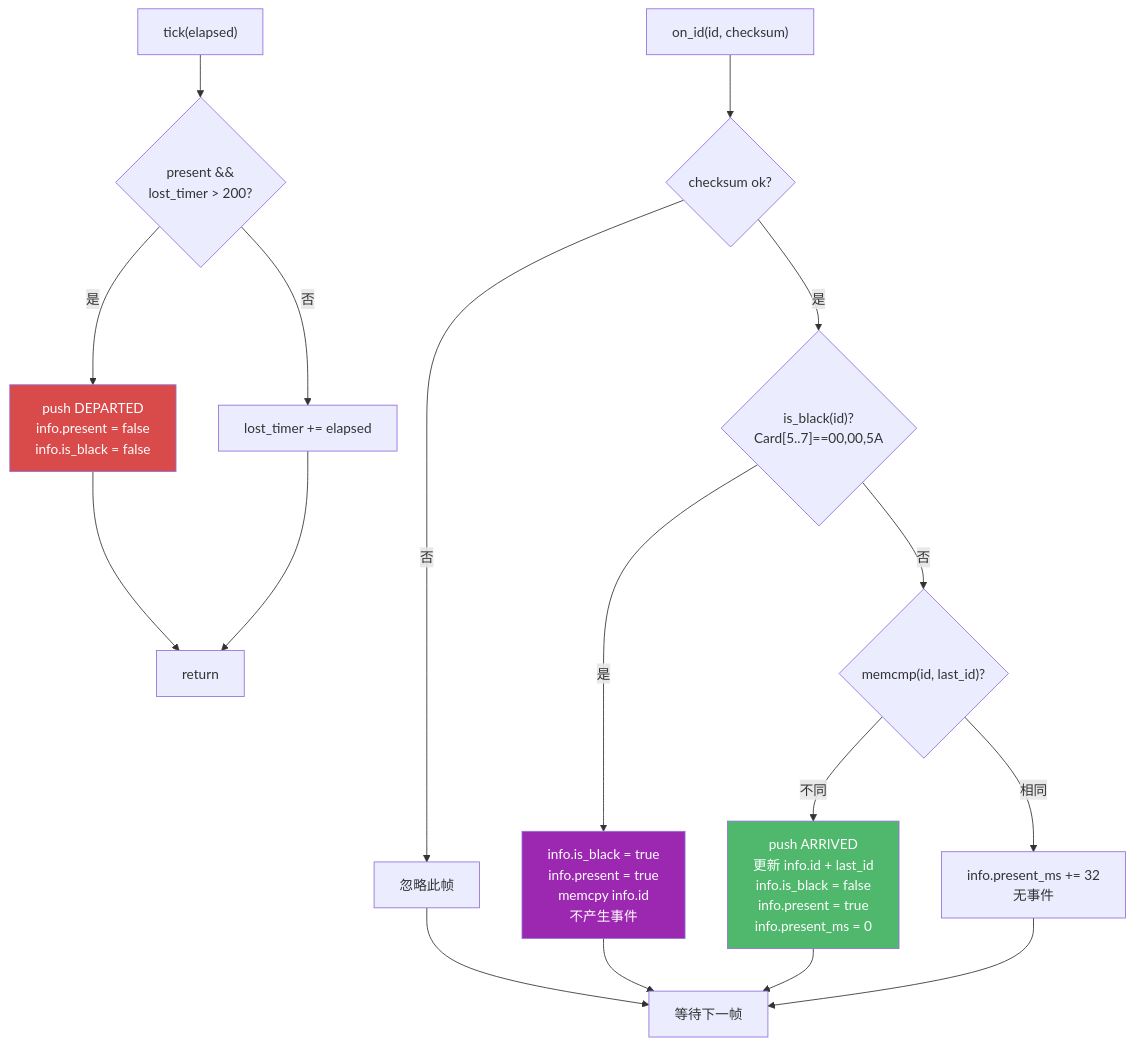
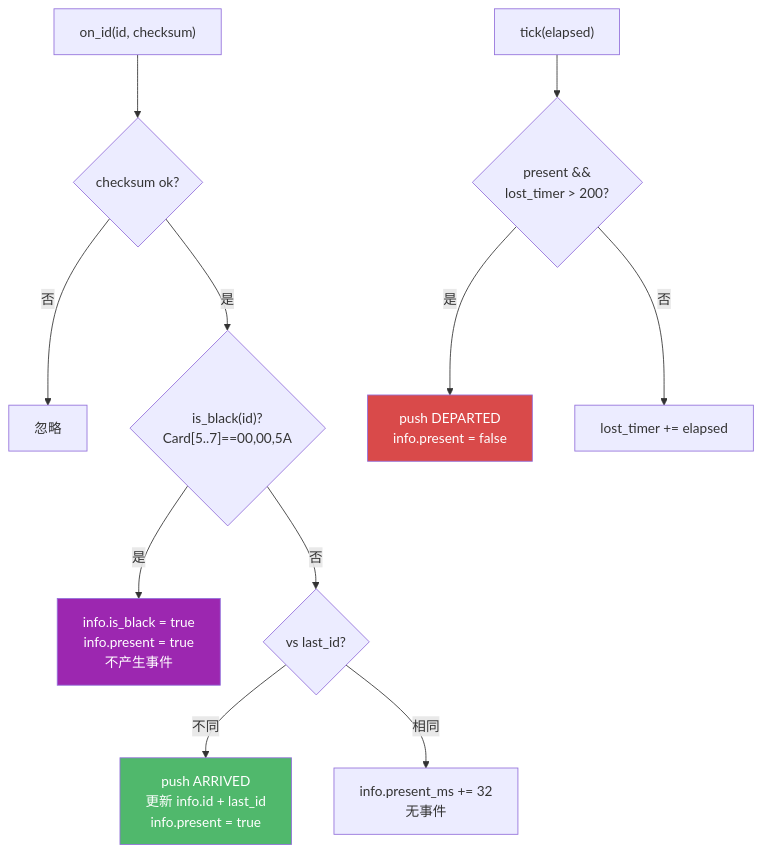
One commit to Siaiai/ObsidianNote changed the third of 16 diagrams in 工作/SR3读卡器/260802SR3读卡器架构.md. Above: the diagram before and after it, drawn with Mermaid. The commit also changed other lines of this file and 1 other file, not shown here.

````diff
--- a/工作/SR3读卡器/260802SR3读卡器架构.md
+++ b/工作/SR3读卡器/260802SR3读卡器架构.md
@@ -312,32 +167,21 @@
 ```mermaid
 flowchart TD
     ON_ID["on_id(id, checksum)"] --> CHK{"checksum ok?"}
-
-    CHK -->|"否"| DROP["忽略此帧"]
+    CHK -->|"否"| DROP["忽略"]
 
     CHK -->|"是"| BLACK{"is_black(id)?<br/>Card[5..7]==00,00,5A"}
+    BLACK -->|"是"| SET_BLACK["info.is_black = true<br/>info.present = true<br/>不产生事件"]
 
-    BLACK -->|"是"| SET_BLACK["info.is_black = true<br/>info.present = true<br/>memcpy info.id<br/>不产生事件"]
-
-    BLACK -->|"否"| CMP{"memcmp(id, last_id)?"}
-
-    CMP -->|"不同"| NEW["push ARRIVED<br/>更新 info.id + last_id<br/>info.is_black = false<br/>info.present = true<br/>info.present_ms = 0"]
+    BLACK -->|"否"| CMP{"vs last_id?"}
+    CMP -->|"不同"| NEW["push ARRIVED<br/>更新 info.id + last_id<br/>info.present = true"]
 
     CMP -->|"相同"| SAME["info.present_ms += 32<br/>无事件"]
 
-    SET_BLACK --> TICK_NEXT["等待下一帧"]
-    NEW --> TICK_NEXT
-    SAME --> TICK_NEXT
-    DROP --> TICK_NEXT
-
     TICK["tick(elapsed)"] --> LOST{"present &&<br/>lost_timer > 200?"}
-    LOST -->|"是"| PUSH_LOST["push DEPARTED<br/>info.present = false<br/>info.is_black = false"]
+    LOST -->|"是"| PUSH_LOST["push DEPARTED<br/>info.present = false"]
     LOST -->|"否"| LOST_NEXT["lost_timer += elapsed"]
 
-    PUSH_LOST --> DONE
-    LOST_NEXT --> DONE["return"]
-
-    style SET_BLACK fill:#9C27B0,color:#fff
     style NEW fill:#50B86C,color:#fff
     style PUSH_LOST fill:#D94A4A,color:#fff
+    style SET_BLACK fill:#9C27B0,color:#fff
 ```
````
